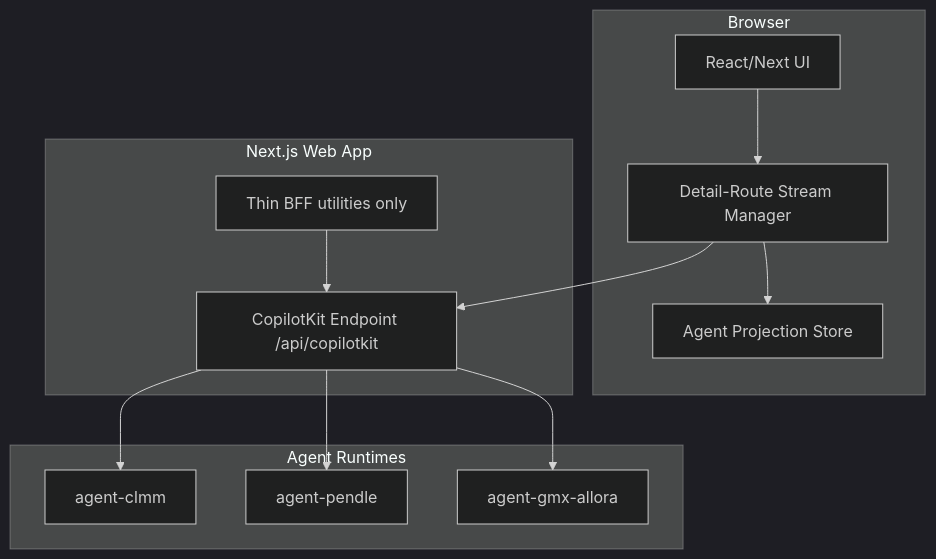
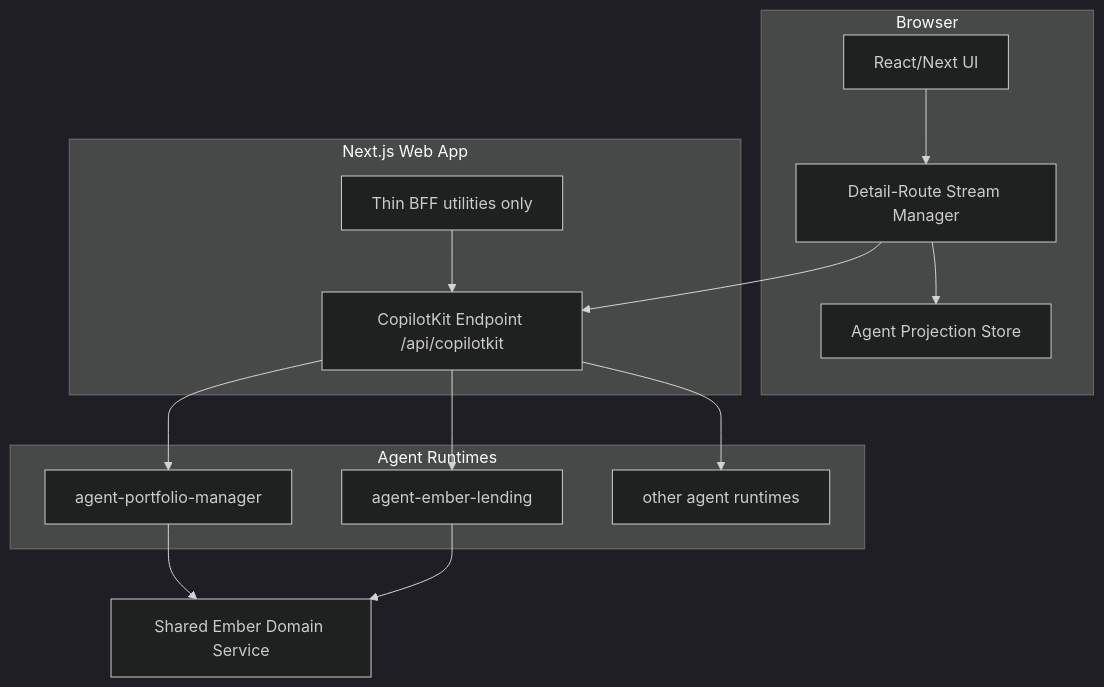
The second of 6 diagrams in typescript/clients/web-ag-ui/docs/c4-target-architecture-web-ag-ui-agents.md (EmberAGI/arbitrum-vibekit), drawn with Mermaid (dark theme) before and after one commit. The commit also changed other lines of this file and 2 other files, not shown here.

Commit message:
docs(web-ag-ui): reconcile managed lending architecture

````diff
--- a/typescript/clients/web-ag-ui/docs/c4-target-architecture-web-ag-ui-agents.md
+++ b/typescript/clients/web-ag-ui/docs/c4-target-architecture-web-ag-ui-agents.md
@@ -58,27 +59,31 @@
 ```mermaid
 flowchart TB
   subgraph Browser[Browser]
     UI[React/Next UI]
     Store[Agent Projection Store]
     StreamMgr[Detail-Route Stream Manager]
   end
 
   subgraph WebServer[Next.js Web App]
     CK[CopilotKit Endpoint /api/copilotkit]
     BFF[Thin BFF utilities only]
   end
 
   subgraph AgentRuntimes[Agent Runtimes]
-    CLMM[agent-clmm]
-    PENDLE[agent-pendle]
-    GMX[agent-gmx-allora]
+    PM[agent-portfolio-manager]
+    EL[agent-ember-lending]
+    OTHER[other agent runtimes]
   end
+
+  SE[Shared Ember Domain Service]
 
   UI --> StreamMgr
   StreamMgr --> Store
   StreamMgr --> CK
   BFF --> CK
-  CK --> CLMM
-  CK --> PENDLE
-  CK --> GMX
+  CK --> PM
+  CK --> EL
+  CK --> OTHER
+  PM --> SE
+  EL --> SE
 ```
````
